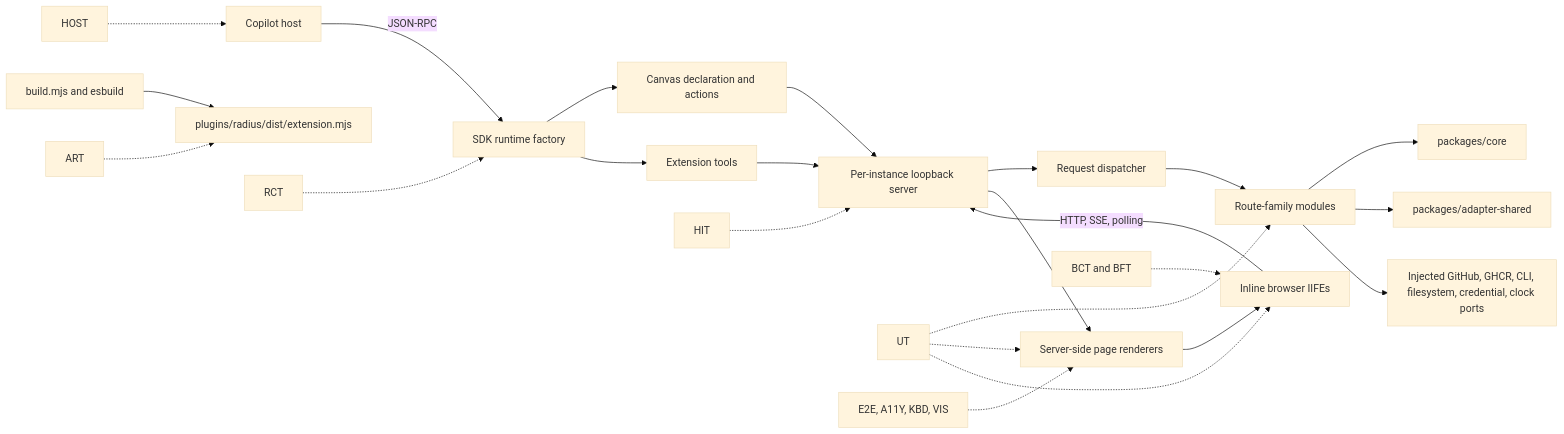
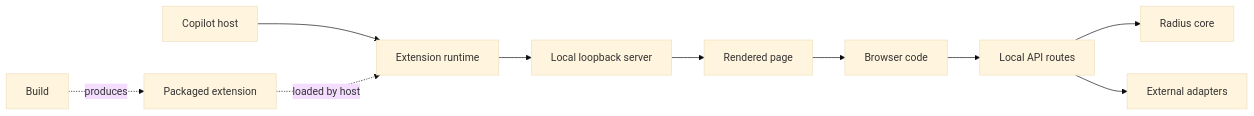
Before and after one commit to radius-project/ai-extensions: the diagram in docs/design/2026-08-radius-canvas-test-architecture.md, drawn with Mermaid (base theme). The commit also changed other lines of this file and 1 other file, not shown here.

First line of the commit message:
docs: clarify Radius Canvas test strategy

````diff
--- a/docs/design/2026-08-radius-canvas-test-architecture.md
+++ b/docs/design/2026-08-radius-canvas-test-architecture.md
@@ -119,27 +24,12 @@
 ```mermaid
 flowchart LR
-    Host[Copilot host] -->|JSON-RPC| Runtime[SDK runtime factory]
-    Runtime --> Canvas[Canvas declaration and actions]
-    Runtime --> Tools[Extension tools]
-    Canvas --> Server[Per-instance loopback server]
-    Tools --> Server
-    Server --> Dispatch[Request dispatcher]
-    Dispatch --> Routes[Route-family modules]
-    Server --> Pages[Server-side page renderers]
-    Pages --> Browser[Inline browser IIFEs]
-    Browser -->|HTTP, SSE, polling| Server
-    Routes --> Core[packages/core]
-    Routes --> Shared[packages/adapter-shared]
-    Routes --> Ports[Injected GitHub, GHCR, CLI, filesystem, credential, clock ports]
-    Build[build.mjs and esbuild] --> Artifact[plugins/radius/dist/extension.mjs]
-
-    UT[UT] -.-> Routes
-    UT -.-> Pages
-    UT -.-> Browser
-    RCT[RCT] -.-> Runtime
-    HIT[HIT] -.-> Server
-    BCT[BCT and BFT] -.-> Browser
-    E2E[E2E, A11Y, KBD, VIS] -.-> Pages
-    ART[ART] -.-> Artifact
-    HOSTS[HOST] -.-> Host
+    Host[Copilot host] --> Runtime[Extension runtime]
+    Runtime --> Server[Local loopback server]
+    Server --> Page[Rendered page]
+    Page --> Browser[Browser code]
+    Browser --> Routes[Local API routes]
+    Routes --> Core[Radius core]
+    Routes --> Adapters[External adapters]
+    Build[Build] -. produces .-> Artifact[Packaged extension]
+    Artifact -. loaded by host .-> Runtime
 ```
````
